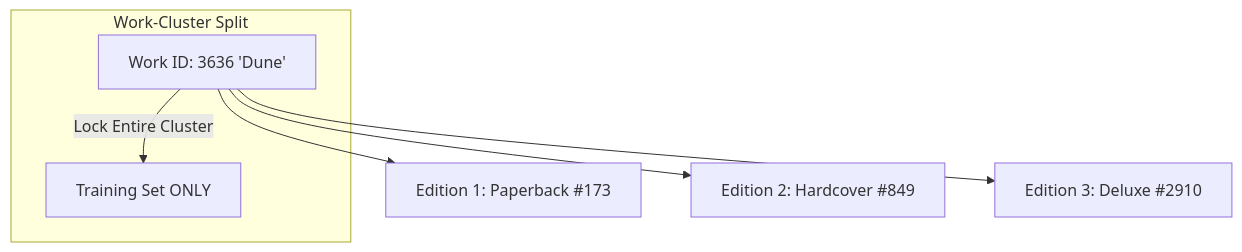
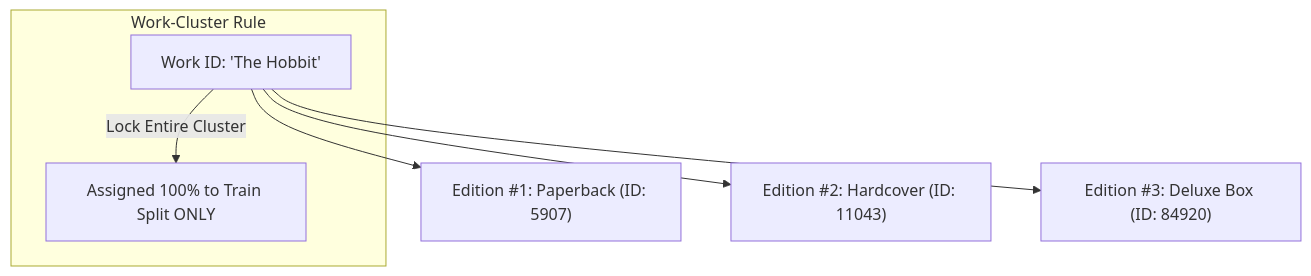
The third of 3 diagrams in docs/data_pipeline.md (nansari-0134/neural_book_search_arctic), drawn with Mermaid before and after one commit. The commit also changed other lines of this file and 3 other files, not shown here.

````diff
--- a/docs/data_pipeline.md
+++ b/docs/data_pipeline.md
@@ -39,10 +115,11 @@
 ```mermaid
 graph TD
-    A[Work ID: 3636 'Dune'] --> B[Edition 1: Paperback #173]
-    A --> C[Edition 2: Hardcover #849]
-    A --> D[Edition 3: Deluxe #2910]
-    
-    subgraph Work-Cluster Split
-        A -->|Lock Entire Cluster| E[Training Set ONLY]
+    Work["Work ID: 'The Hobbit'"]
+    Work --> E1["Edition #1: Paperback (ID: 5907)"]
+    Work --> E2["Edition #2: Hardcover (ID: 11043)"]
+    Work --> E3["Edition #3: Deluxe Box (ID: 84920)"]
+
+    subgraph "Work-Cluster Rule"
+        Work -->|Lock Entire Cluster| Split["Assigned 100% to Train Split ONLY"]
     end
 ```
````
